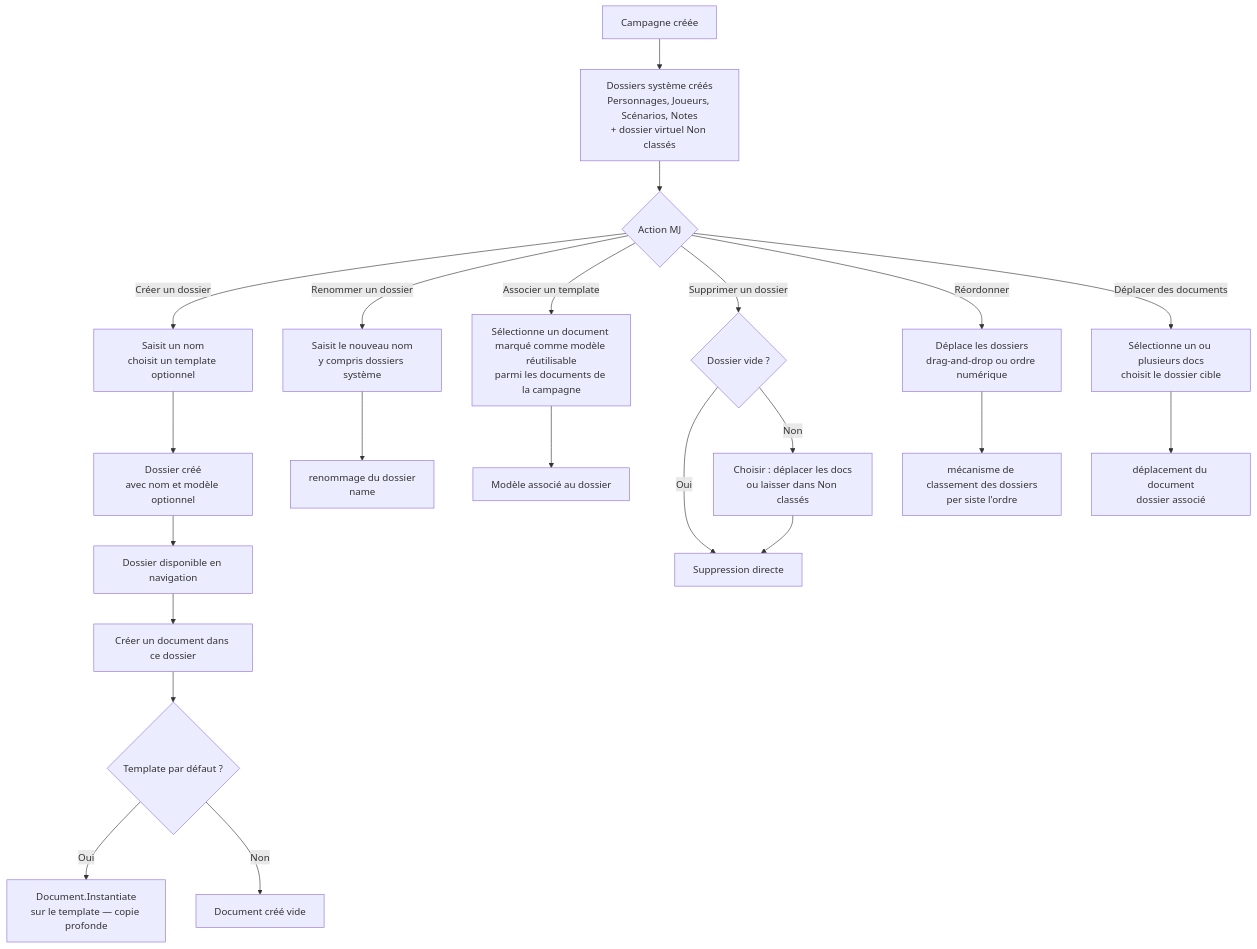
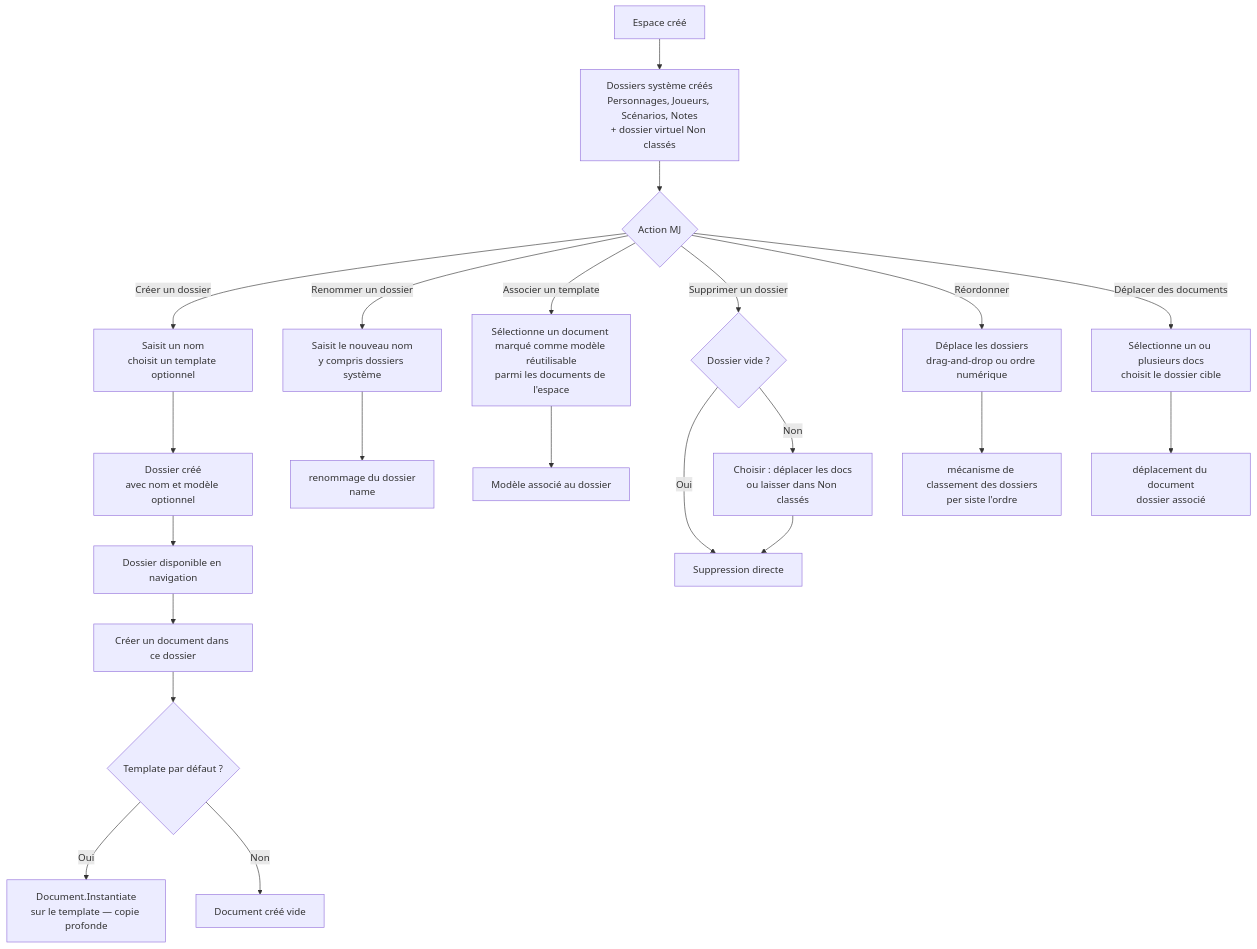
The first of 2 diagrams in docs/conception/besoin/user-stories/US-UC-05-organiser-contenu-dossiers.md (2025-10-CDA-ECO-P6/PM-micro-saas), drawn with Mermaid before and after one commit. The commit also changed other lines of this file and 140 other files, not shown here.

````diff
--- a/docs/conception/besoin/user-stories/US-UC-05-organiser-contenu-dossiers.md
+++ b/docs/conception/besoin/user-stories/US-UC-05-organiser-contenu-dossiers.md
@@ -53,31 +53,31 @@
 ```mermaid
 flowchart TD
-    A[Campagne créée] --> B[Dossiers système créés\nPersonnages, Joueurs, Scénarios, Notes\n+ dossier virtuel Non classés]
+    A[Espace créé] --> B[Dossiers système créés\nPersonnages, Joueurs, Scénarios, Notes\n+ dossier virtuel Non classés]
     B --> C{Action MJ}
 
     C -->|Créer un dossier| D[Saisit un nom\nchoisit un template optionnel]
     D --> E[Dossier créé\navec nom et modèle optionnel]
     E --> F[Dossier disponible en navigation]
 
     C -->|Renommer un dossier| G[Saisit le nouveau nom\ny compris dossiers système]
     G --> H[renommage du dossier\nname]
 
-    C -->|Associer un template| I[Sélectionne un document marqué comme modèle réutilisable\nparmi les documents de la campagne]
+    C -->|Associer un template| I[Sélectionne un document marqué comme modèle réutilisable\nparmi les documents de l'espace]
     I --> J[Modèle associé au dossier]
 
     C -->|Supprimer un dossier| K{Dossier vide ?}
     K -->|Oui| L[Suppression directe]
     K -->|Non| M[Choisir : déplacer les docs\nou laisser dans Non classés]
     M --> L
 
     C -->|Réordonner| N[Déplace les dossiers\ndrag-and-drop ou ordre numérique]
     N --> O[mécanisme de classement des dossiers\nper siste l'ordre]
 
     C -->|Déplacer des documents| P[Sélectionne un ou plusieurs docs\nchoisit le dossier cible]
     P --> Q[déplacement du document\ndossier associé]
 
     F --> R[Créer un document dans ce dossier]
     R --> S{Template par défaut ?}
     S -->|Oui| T[Document.Instantiate\nsur le template — copie profonde]
     S -->|Non| U[Document créé vide]
 ```
````
